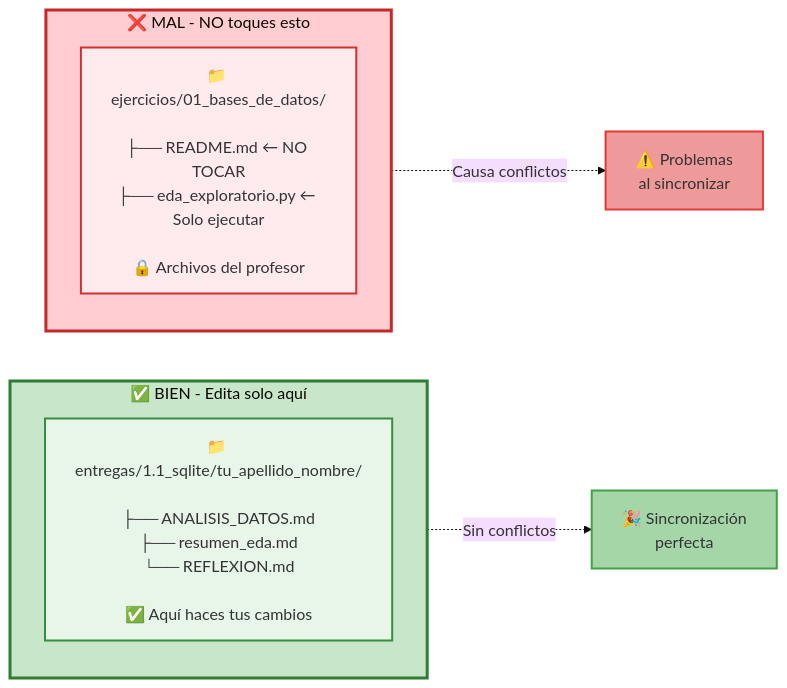
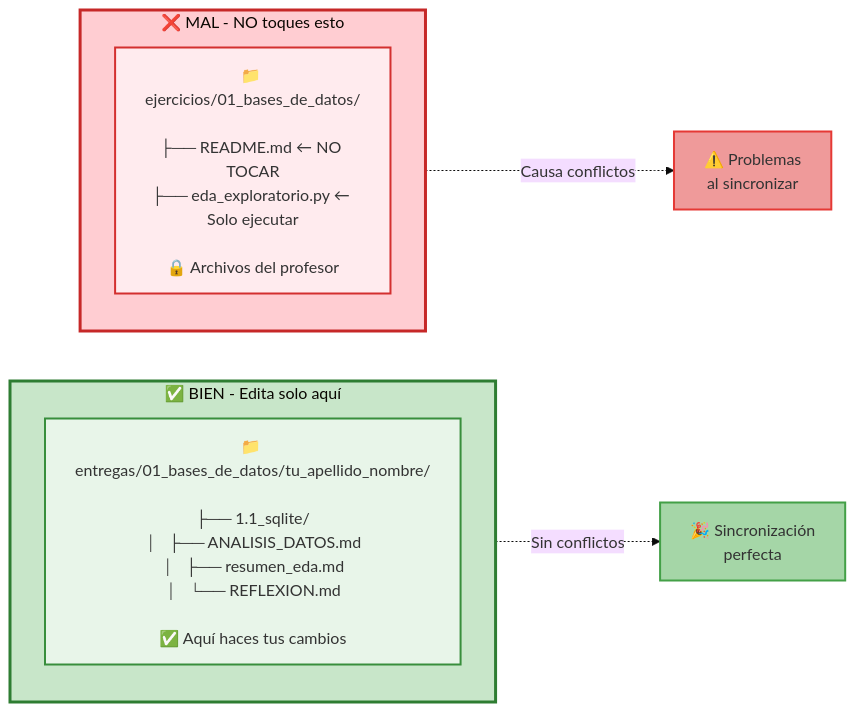
The fifth of 6 diagrams in docs/git-github/sincronizar-fork.md (katitto/ejercicios-bigdata), drawn with Mermaid before and after one commit. The commit also changed other lines of this file and 16 other files, not shown here.

````diff
--- a/docs/git-github/sincronizar-fork.md
+++ b/docs/git-github/sincronizar-fork.md
@@ -282,23 +282,23 @@
 ```mermaid
 %%{init: {'theme':'base'}}%%
 flowchart LR
     subgraph Bien["✅ BIEN - Edita solo aquí"]
         direction TB
-        B1["📁 entregas/1.1_sqlite/tu_apellido_nombre/<br/><br/>├── ANALISIS_DATOS.md<br/>├── resumen_eda.md<br/>└── REFLEXION.md<br/><br/>✅ Aquí haces tus cambios"]
+        B1["📁 entregas/01_bases_de_datos/tu_apellido_nombre/<br/><br/>├── 1.1_sqlite/<br/>│   ├── ANALISIS_DATOS.md<br/>│   ├── resumen_eda.md<br/>│   └── REFLEXION.md<br/><br/>✅ Aquí haces tus cambios"]
     end
 
     subgraph Mal["❌ MAL - NO toques esto"]
         direction TB
         M1["📁 ejercicios/01_bases_de_datos/<br/><br/>├── README.md ← NO TOCAR<br/>├── eda_exploratorio.py ← Solo ejecutar<br/><br/>🔒 Archivos del profesor"]
     end
 
     Bien -.->|Sin conflictos| OK["🎉 Sincronización<br/>perfecta"]
     Mal -.->|Causa conflictos| NOK["⚠️ Problemas<br/>al sincronizar"]
 
     style Bien fill:#c8e6c9,stroke:#2e7d32,stroke-width:3px
     style Mal fill:#ffcdd2,stroke:#c62828,stroke-width:3px
     style B1 fill:#e8f5e9,stroke:#388e3c,stroke-width:2px
     style M1 fill:#ffebee,stroke:#d32f2f,stroke-width:2px
     style OK fill:#a5d6a7,stroke:#43a047,stroke-width:2px
     style NOK fill:#ef9a9a,stroke:#e53935,stroke-width:2px
 ```
````
